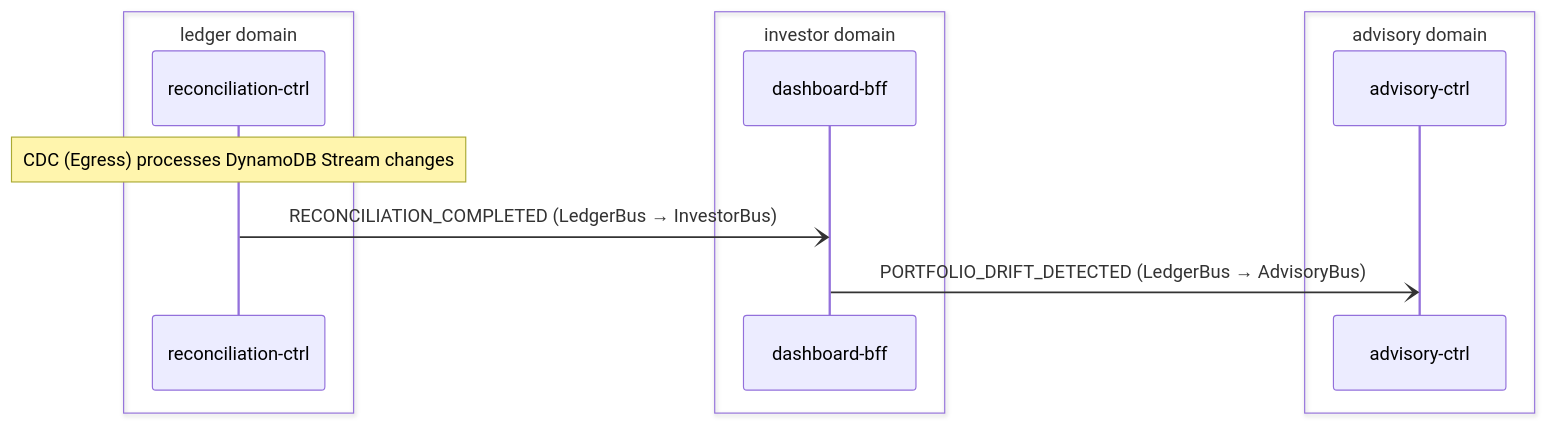
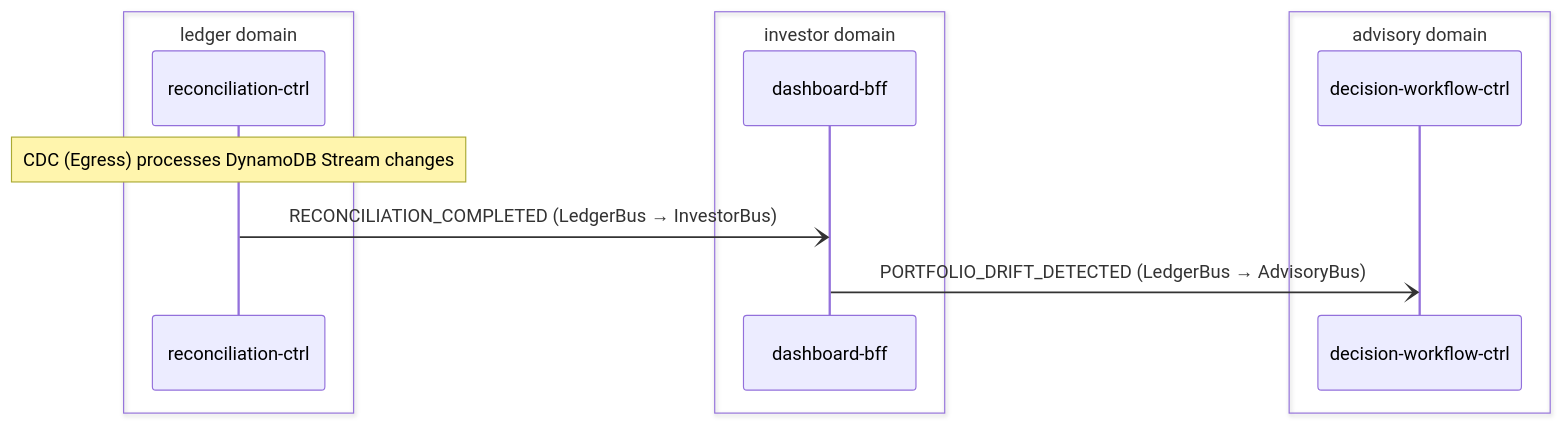
Before and after one commit to fabio-vitali/nestfolio: the second of 2 diagrams in docs/data-flows/reconciliation.md, drawn with Mermaid. The commit also changed other lines of this file and 10 other files, not shown here.

First line of the commit message:
docs(flows): drop legacy/post-collapse prose; close out InvestorProfile collapse ACTIVE entry

````diff
--- a/docs/data-flows/reconciliation.md
+++ b/docs/data-flows/reconciliation.md
@@ -28,15 +28,15 @@
 ```mermaid
 sequenceDiagram
     box ledger domain
         participant reconciliation_ctrl as reconciliation-ctrl
     end
     box investor domain
         participant dashboard_bff as dashboard-bff
     end
     box advisory domain
-        participant advisory_ctrl as advisory-ctrl
+        participant decision_workflow_ctrl as decision-workflow-ctrl
     end
     Note over reconciliation_ctrl: CDC (Egress) processes DynamoDB Stream changes
     reconciliation_ctrl-)dashboard_bff: RECONCILIATION_COMPLETED (LedgerBus → InvestorBus)
-    dashboard_bff-)advisory_ctrl: PORTFOLIO_DRIFT_DETECTED (LedgerBus → AdvisoryBus)
+    dashboard_bff-)decision_workflow_ctrl: PORTFOLIO_DRIFT_DETECTED (LedgerBus → AdvisoryBus)
 ```
````
